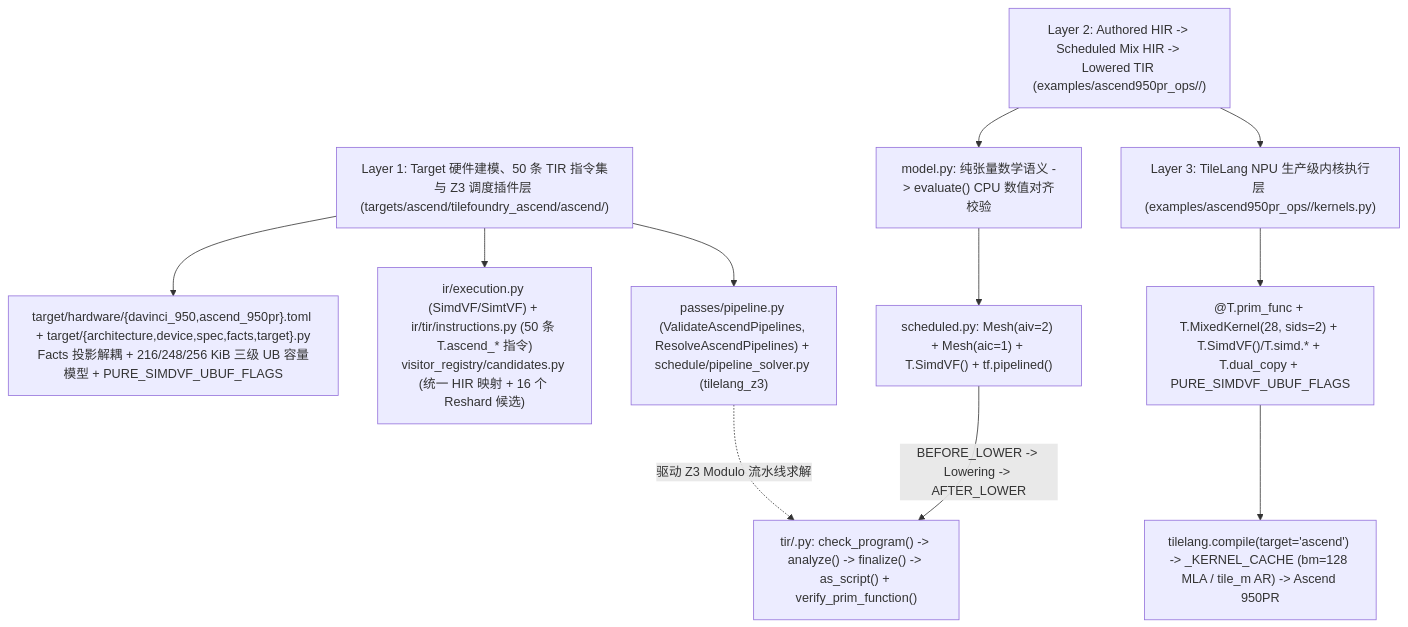
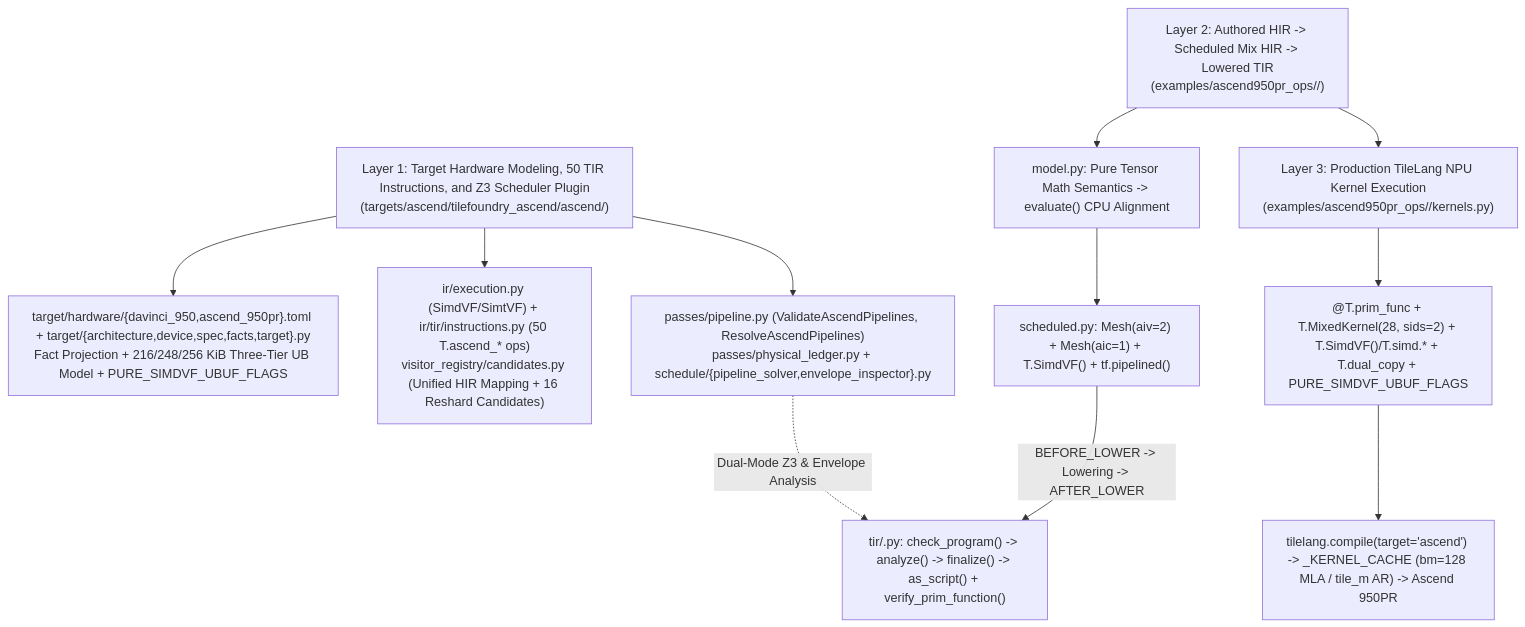
Before and after one commit to jingchangshi/TileFoundry: the first of 3 diagrams in docs/reports/ascend950pr_architecture_and_e2e.md, drawn with Mermaid. The commit also changed other lines of this file, not shown here.

Commit message:
docs(ascend): sync architecture mermaid diagrams with dual-mode stage-a and 5-tier campaign

````diff
--- a/docs/reports/ascend950pr_architecture_and_e2e.md
+++ b/docs/reports/ascend950pr_architecture_and_e2e.md
@@ -7,27 +7,27 @@
 ```mermaid
 flowchart TD
-    L1["Layer 1: Target 硬件建模、50 条 TIR 指令集与 Z3 调度插件层 (targets/ascend/tilefoundry_ascend/ascend/)"]
-    HW["target/hardware/{davinci_950,ascend_950pr}.toml + target/{architecture,device,spec,facts,target}.py\nFacts 投影解耦 + 216/248/256 KiB 三级 UB 容量模型 + PURE_SIMDVF_UBUF_FLAGS"]
-    IR["ir/execution.py (SimdVF/SimtVF) + ir/tir/instructions.py (50 条 T.ascend_* 指令)\nvisitor_registry/candidates.py (统一 HIR 映射 + 16 个 Reshard 候选)"]
-    PASS["passes/pipeline.py (ValidateAscendPipelines, ResolveAscendPipelines) + schedule/pipeline_solver.py (tilelang_z3)"]
+    L1["Layer 1: Target Hardware Modeling, 50 TIR Instructions, and Z3 Scheduler Plugin\n(targets/ascend/tilefoundry_ascend/ascend/)"]
+    HW["target/hardware/{davinci_950,ascend_950pr}.toml + target/{architecture,device,spec,facts,target}.py\nFact Projection + 216/248/256 KiB Three-Tier UB Model + PURE_SIMDVF_UBUF_FLAGS"]
+    IR["ir/execution.py (SimdVF/SimtVF) + ir/tir/instructions.py (50 T.ascend_* ops)\nvisitor_registry/candidates.py (Unified HIR Mapping + 16 Reshard Candidates)"]
+    PASS["passes/pipeline.py (ValidateAscendPipelines, ResolveAscendPipelines)\npasses/physical_ledger.py + schedule/{pipeline_solver,envelope_inspector}.py"]
 
-    L2["Layer 2: Authored HIR -> Scheduled Mix HIR -> Lowered TIR (examples/ascend950pr_ops/<op>/)"]
-    MODEL["model.py: 纯张量数学语义 -> evaluate() CPU 数值对齐校验"]
+    L2["Layer 2: Authored HIR -> Scheduled Mix HIR -> Lowered TIR\n(examples/ascend950pr_ops/<op>/)"]
+    MODEL["model.py: Pure Tensor Math Semantics -> evaluate() CPU Alignment"]
     SCHED["scheduled.py: Mesh(aiv=2) + Mesh(aic=1) + T.SimdVF() + tf.pipelined()"]
     TIR["tir/<op>.py: check_program() -> analyze() -> finalize() -> as_script() + verify_prim_function()"]
 
-    L3["Layer 3: TileLang NPU 生产级内核执行层 (examples/ascend950pr_ops/<op>/kernels.py)"]
+    L3["Layer 3: Production TileLang NPU Kernel Execution\n(examples/ascend950pr_ops/<op>/kernels.py)"]
     TLK["@T.prim_func + T.MixedKernel(28, sids=2) + T.SimdVF()/T.simd.* + T.dual_copy + PURE_SIMDVF_UBUF_FLAGS"]
     NPU["tilelang.compile(target='ascend') -> _KERNEL_CACHE (bm=128 MLA / tile_m AR) -> Ascend 950PR"]
 
     L1 --> HW
     L1 --> IR
     L1 --> PASS
     L2 --> MODEL
     MODEL --> SCHED
     SCHED -->|"BEFORE_LOWER -> Lowering -> AFTER_LOWER"| TIR
-    PASS -.->|"驱动 Z3 Modulo 流水线求解"| TIR
+    PASS -.->|"Dual-Mode Z3 & Envelope Analysis"| TIR
     L2 --> L3
     L3 --> TLK
     TLK --> NPU
 ```
````
